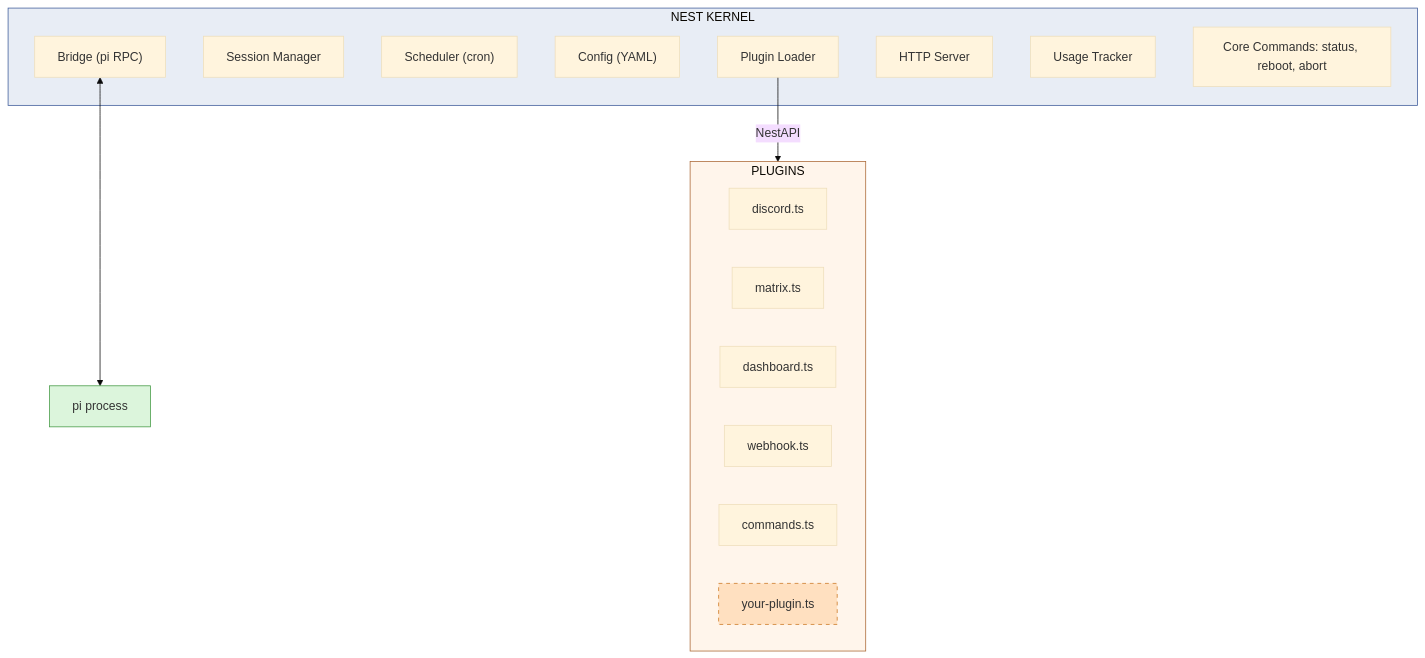
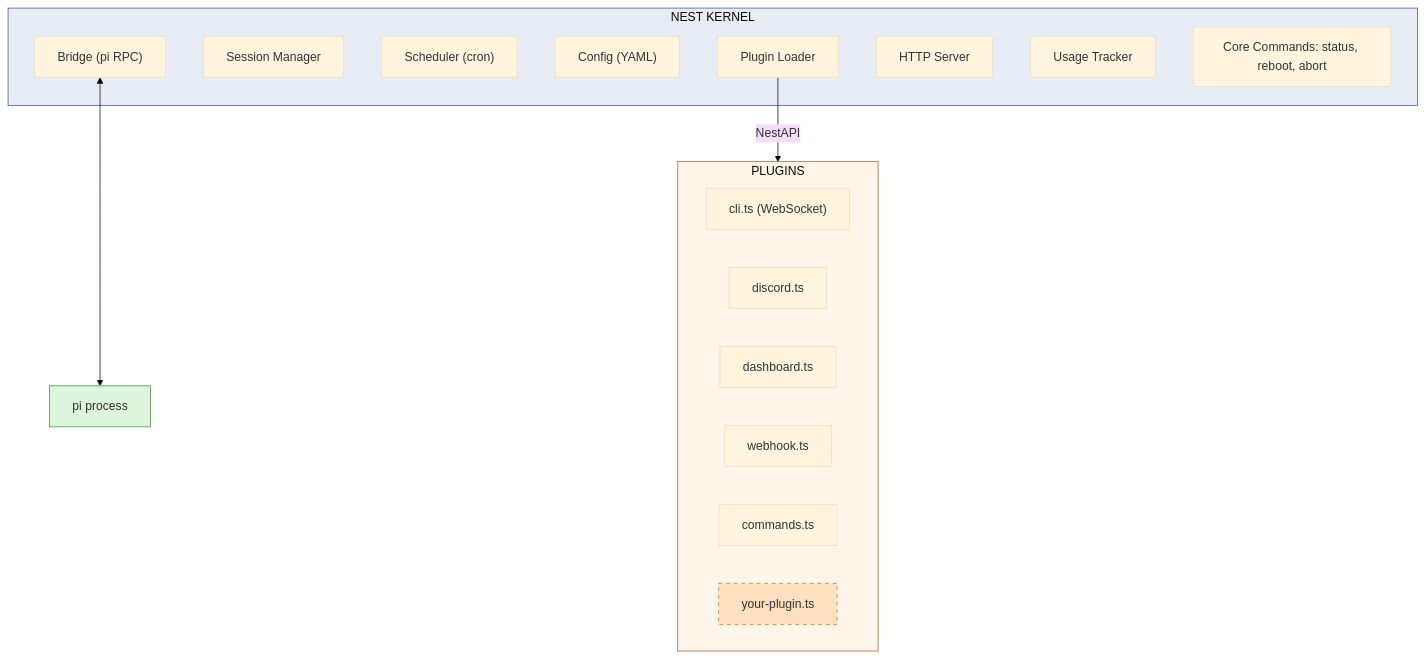
Before and after one commit to Lemon9247/simple-bot: the first of 3 diagrams in README.md, drawn with Mermaid (base theme). The commit also changed other lines of this file, not shown here.

Commit message:
update README: routing model, CLI plugin, TUI attach, notify, allowed_users

````diff
--- a/README.md
+++ b/README.md
@@ -79,30 +79,30 @@
 ```mermaid
 graph TB
     subgraph Kernel["NEST KERNEL"]
         Bridge["Bridge (pi RPC)"]
         SM["Session Manager"]
         Sched["Scheduler (cron)"]
         Config["Config (YAML)"]
         PL["Plugin Loader"]
         HTTP["HTTP Server"]
         Tracker["Usage Tracker"]
         Core["Core Commands: status, reboot, abort"]
     end
 
     subgraph Plugins["PLUGINS"]
+        CLI["cli.ts (WebSocket)"]
         Discord["discord.ts"]
-        Matrix["matrix.ts"]
         Dashboard["dashboard.ts"]
         Webhook["webhook.ts"]
         Commands["commands.ts"]
         Custom["your-plugin.ts"]
     end
 
     PL -- "NestAPI" --> Plugins
     Bridge <--> Pi["pi process"]
 
     style Kernel fill:#e8edf5,stroke:#3c5a99
     style Plugins fill:#fff5eb,stroke:#aa6633
     style Custom fill:#ffe0c0,stroke:#cc7722,stroke-dasharray: 5 5
     style Pi fill:#dcf5dc,stroke:#449944
 ```
````
